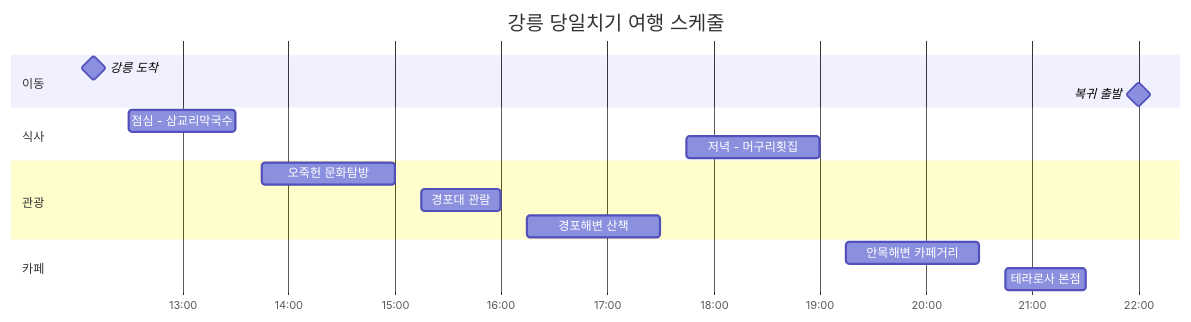
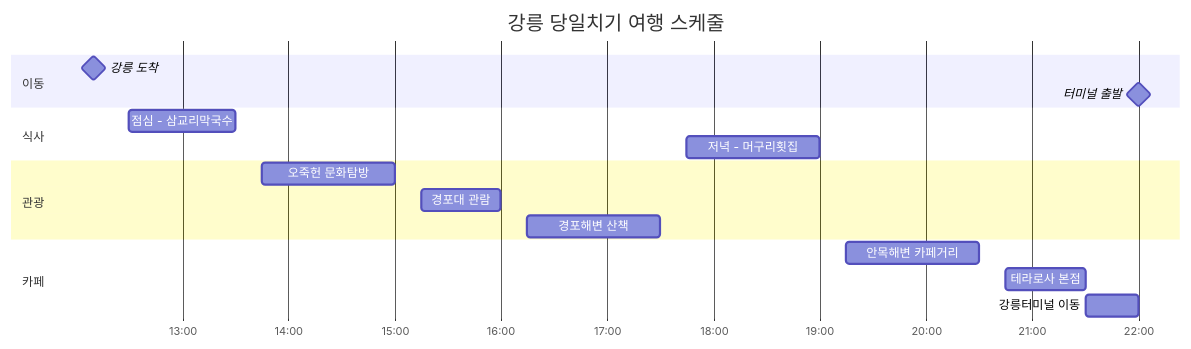
Before and after one commit to didghwns0514/matjib_search: the fourth of 6 diagrams in travel-course-mermaid.md, drawn with Mermaid. The commit also changed other lines of this file and 3 other files, not shown here.

````diff
--- a/travel-course-mermaid.md
+++ b/travel-course-mermaid.md
@@ -96,23 +107,24 @@
 ```mermaid
 gantt
     title 강릉 당일치기 여행 스케줄
     dateFormat HH:mm
     axisFormat %H:%M
     
     section 이동
     강릉 도착           :milestone, arrival, 12:10, 0m
-    복귀 출발           :milestone, departure, 22:00, 0m
+    터미널 출발         :milestone, departure, 22:00, 0m
     
     section 식사
     점심 - 삼교리막국수    :lunch, 12:30, 60m
     저녁 - 머구리횟집      :dinner, 17:45, 75m
     
     section 관광
     오죽헌 문화탐방       :culture, 13:45, 75m
     경포대 관람          :gyeongpo-pavilion, 15:15, 45m
     경포해변 산책        :beach-walk, 16:15, 75m
     
     section 카페
     안목해변 카페거리     :cafe1, 19:15, 75m
     테라로사 본점        :cafe2, 20:45, 45m
+    강릉터미널 이동       :terminal, 21:30, 30m
 ```
````
